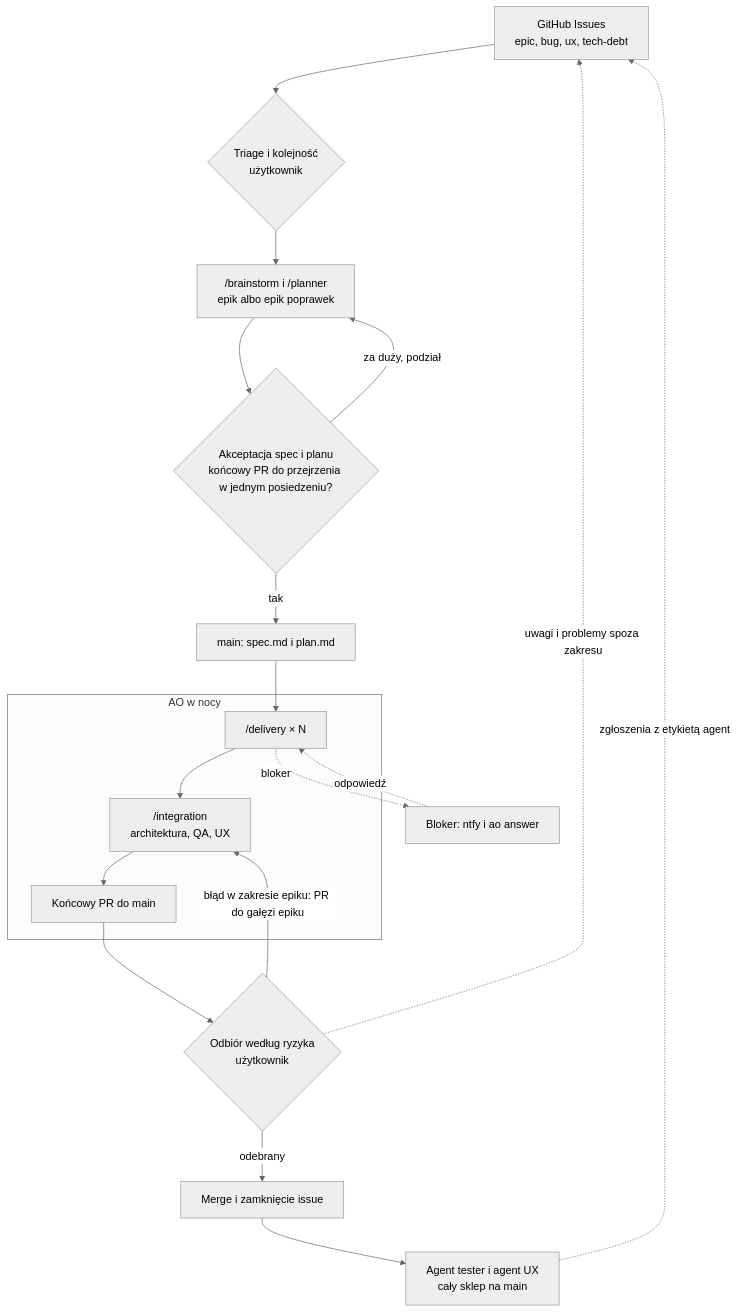
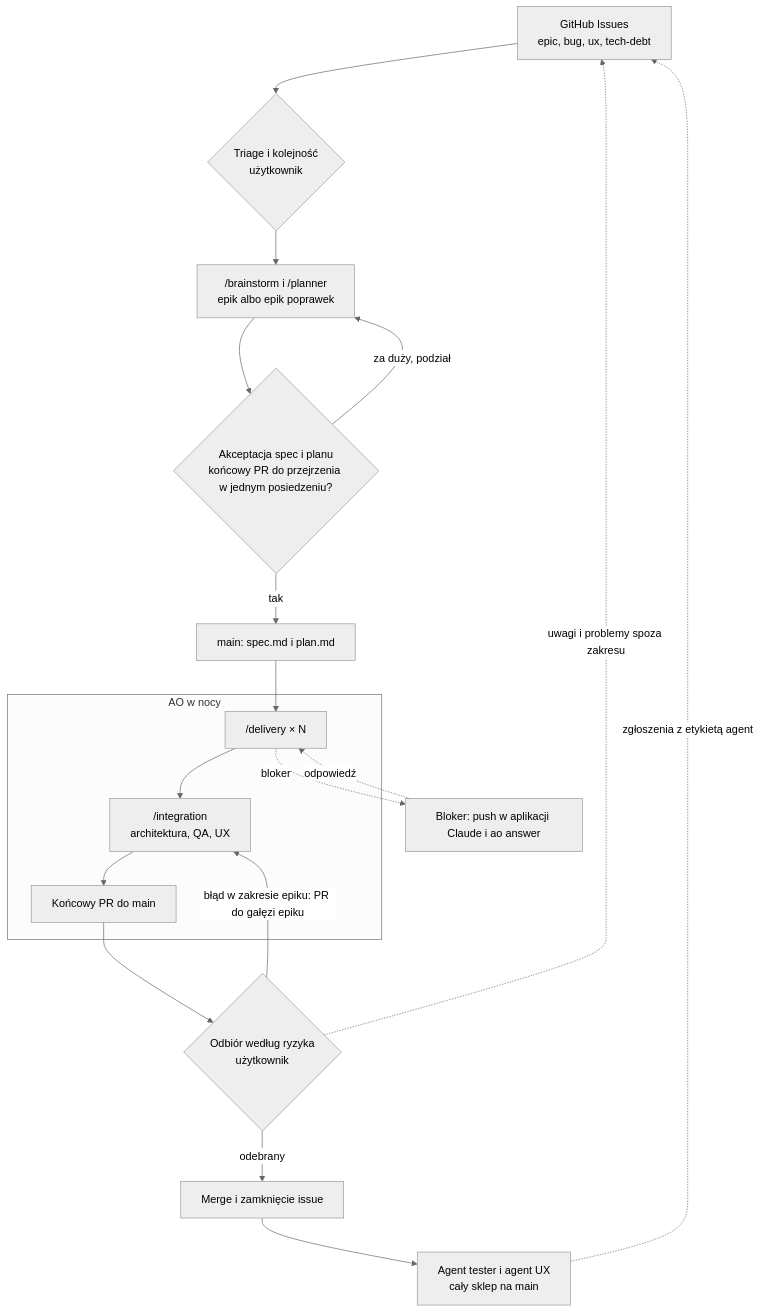
One commit to piotrp321/shop changed the diagram in docs/features/agentic-software-house/plan.md. Above: the diagram before and after it, drawn with Mermaid (neutral theme). The commit also changed other lines of this file, not shown here.

First line of the commit message:
docs(software-house): send AO notifications through the Claude app instead of ntfy

````diff
--- a/docs/features/agentic-software-house/plan.md
+++ b/docs/features/agentic-software-house/plan.md
@@ -52,25 +52,25 @@
 ```mermaid
 flowchart TB
     issues[GitHub Issues<br/>epic, bug, ux, tech-debt]
     triage{Triage i kolejność<br/>użytkownik}
     prep["/brainstorm i /planner<br/>epik albo epik poprawek"]
     accept{"Akceptacja spec i planu<br/>końcowy PR do przejrzenia w jednym posiedzeniu?"}
     onmain[main: spec.md i plan.md]
     subgraph night[AO w nocy]
         delivery["/delivery × N"] --> integration["/integration<br/>architektura, QA, UX"] --> finalpr[Końcowy PR do main]
     end
-    blocker[Bloker: ntfy i ao answer]
+    blocker[Bloker: push w aplikacji Claude i ao answer]
     review{Odbiór według ryzyka<br/>użytkownik}
     merge[Merge i zamknięcie issue]
     sweep[Agent tester i agent UX<br/>cały sklep na main]
 
     issues --> triage --> prep --> accept
     accept -- za duży, podział --> prep
     accept -- tak --> onmain --> delivery
     delivery -. bloker .-> blocker -. odpowiedź .-> delivery
     finalpr --> review
     review -- błąd w zakresie epiku: PR do gałęzi epiku --> integration
     review -- odebrany --> merge --> sweep
     review -. uwagi i problemy spoza zakresu .-> issues
     sweep -. zgłoszenia z etykietą agent .-> issues
 ```
````
